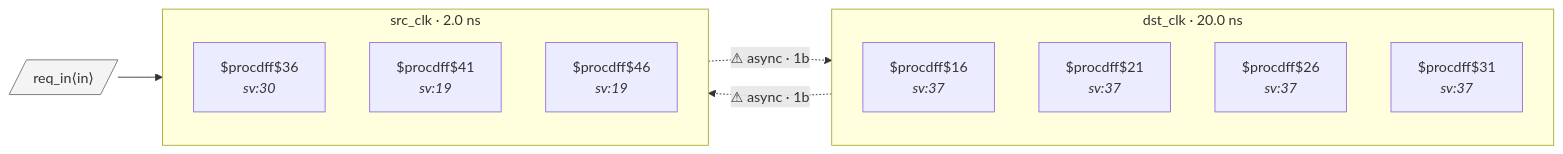
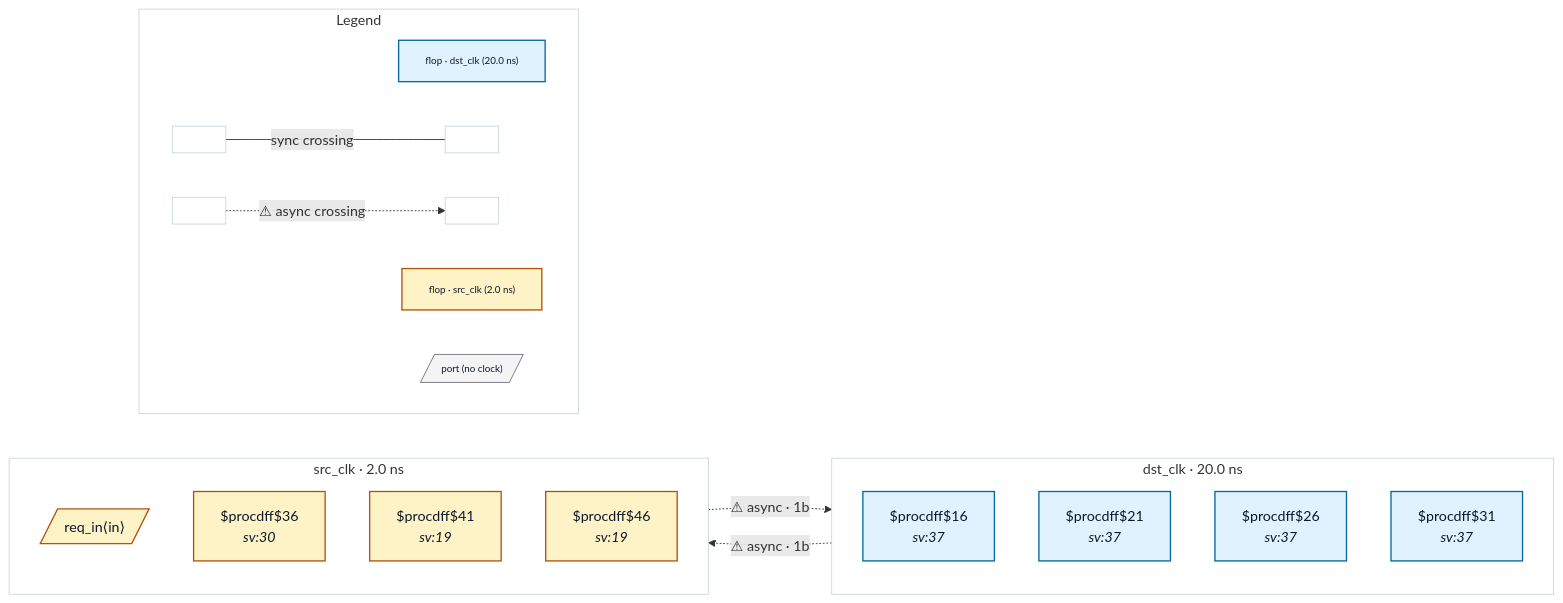
The diagram in tests/fixtures/good_pulse_width_handshake/README.md (rtl-buddy/rtl-buddy-cdc), drawn with Mermaid before and after one commit. The commit also changed 71 other files, not shown here.

First line of the commit message:
Refresh fixture READMEs + render iterations (colors, legend, nested ports, clock-net edges)

````diff
--- a/tests/fixtures/good_pulse_width_handshake/README.md
+++ b/tests/fixtures/good_pulse_width_handshake/README.md
@@ -14,22 +14,46 @@
 ```mermaid
 %% good_pulse_width_handshake — generated by rtl-buddy-cdc render
 flowchart LR
   subgraph clk_dst_clk["dst_clk · 20.0 ns"]
     direction TB
-    f_b3c0ffa8["$procdff$16<br/><i>sv:37</i>"]
-    f_3f559c23["$procdff$21<br/><i>sv:37</i>"]
-    f_fce9dd94["$procdff$26<br/><i>sv:37</i>"]
-    f_740b72c0["$procdff$31<br/><i>sv:37</i>"]
+    f_b3c0ffa8["$procdff$16<br/><i>sv:37</i>"]:::ckcls_dst_clk
+    f_3f559c23["$procdff$21<br/><i>sv:37</i>"]:::ckcls_dst_clk
+    f_fce9dd94["$procdff$26<br/><i>sv:37</i>"]:::ckcls_dst_clk
+    f_740b72c0["$procdff$31<br/><i>sv:37</i>"]:::ckcls_dst_clk
   end
   subgraph clk_src_clk["src_clk · 2.0 ns"]
     direction TB
-    f_a0751f82["$procdff$36<br/><i>sv:30</i>"]
-    f_92817138["$procdff$41<br/><i>sv:19</i>"]
-    f_e21a3d44["$procdff$46<br/><i>sv:19</i>"]
+    p_in_req_in[/"req_in⟨in⟩"/]:::ckcls_src_clk
+    f_a0751f82["$procdff$36<br/><i>sv:30</i>"]:::ckcls_src_clk
+    f_92817138["$procdff$41<br/><i>sv:19</i>"]:::ckcls_src_clk
+    f_e21a3d44["$procdff$46<br/><i>sv:19</i>"]:::ckcls_src_clk
   end
-  p_in_req_in[/"req_in⟨in⟩"/]:::port
-  p_in_req_in --> f_a0751f82
   f_3f559c23 -. "⚠ async · 1b" .-> f_92817138
   f_a0751f82 -. "⚠ async · 1b" .-> f_fce9dd94
-  classDef port fill:#f4f4f5,stroke:#71717a
+  subgraph rb_legend["Legend"]
+    direction LR
+    lg_clk_dst_clk["flop · dst_clk (20.0 ns)"]:::ckcls_dst_clk
+    lg_clk_src_clk["flop · src_clk (2.0 ns)"]:::ckcls_src_clk
+    lg_port[/"port (no clock)"/]:::port_unassigned
+    lg_sync_a[" "]:::ckcls_legend_neutral
+    lg_sync_b[" "]:::ckcls_legend_neutral
+    lg_async_a[" "]:::ckcls_legend_neutral
+    lg_async_b[" "]:::ckcls_legend_neutral
+    lg_sync_a --- |"sync crossing"| lg_sync_b
+    lg_async_a -. "⚠ async crossing" .-> lg_async_b
+  end
+  style clk_dst_clk fill:none,stroke:#cbd5e1
+  style clk_src_clk fill:none,stroke:#cbd5e1
+  style rb_legend fill:none,stroke:#cbd5e1
+  style lg_clk_dst_clk font-size:11px
+  style lg_clk_src_clk font-size:11px
+  style lg_port font-size:11px
+  style lg_sync_a font-size:11px
+  style lg_sync_b font-size:11px
+  style lg_async_a font-size:11px
+  style lg_async_b font-size:11px
+  classDef ckcls_dst_clk fill:#e0f2fe,stroke:#0369a1,stroke-width:1.5px,color:#0f172a
+  classDef ckcls_src_clk fill:#fef3c7,stroke:#b45309,stroke-width:1.5px,color:#0f172a
+  classDef port_unassigned fill:#f4f4f5,stroke:#71717a,color:#0f172a
+  classDef ckcls_legend_neutral fill:#ffffff,stroke:#cbd5e1,stroke-width:1px,color:#0f172a
 ```
````
